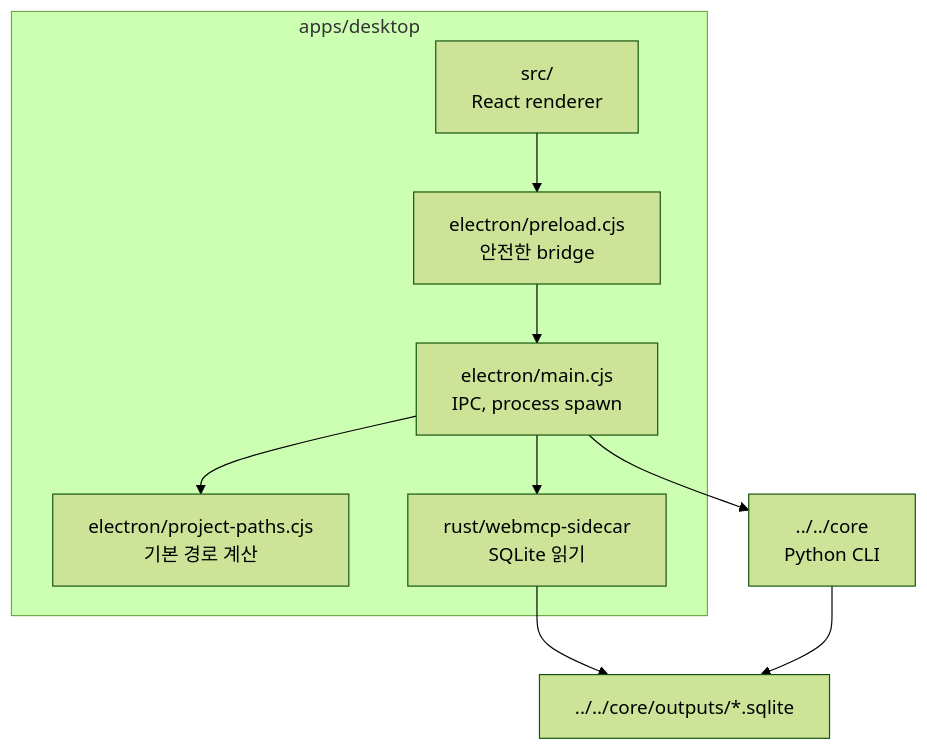
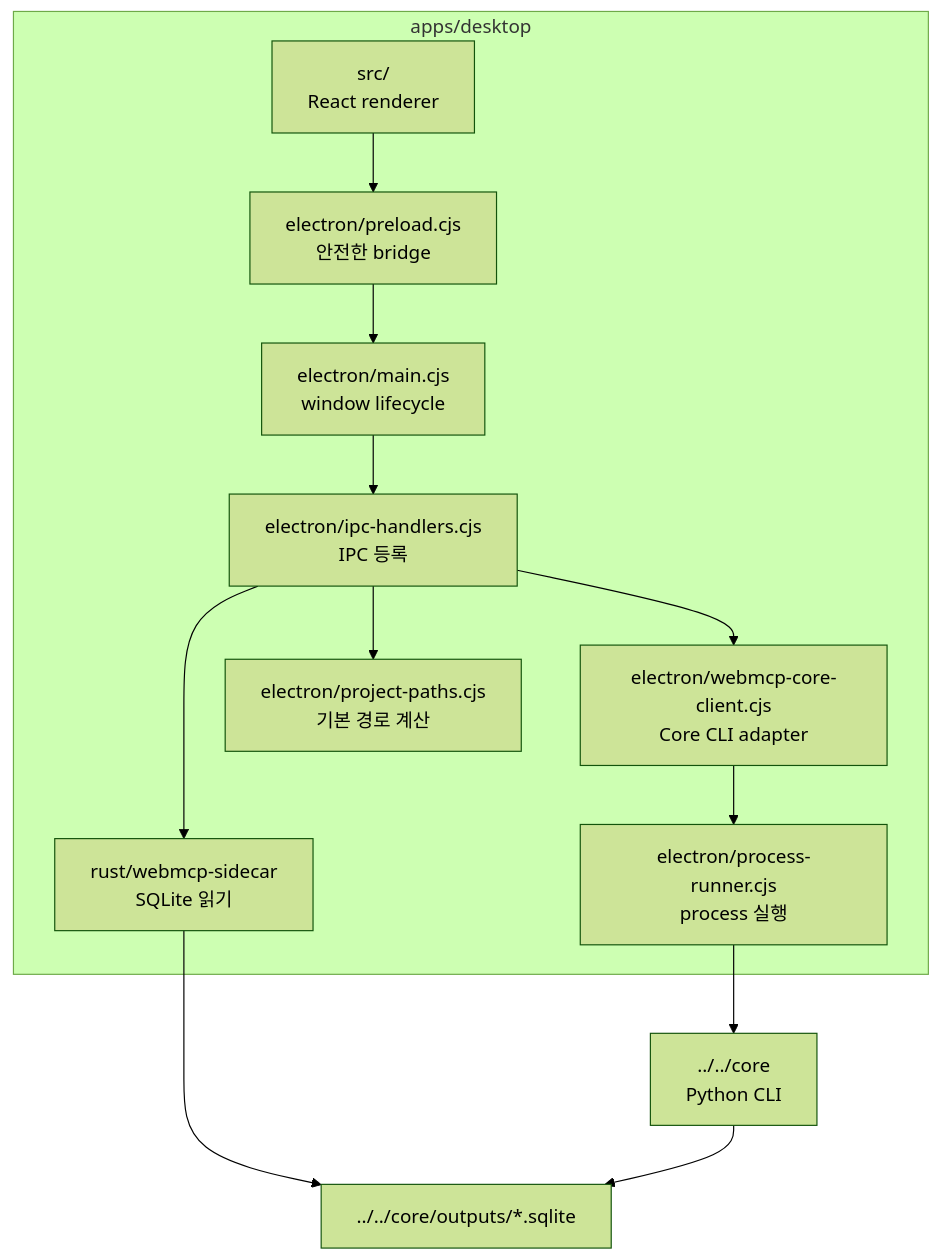
One commit to minguk-jang/spica_at_home changed the first of 4 diagrams in webmcp/docs/DESKTOP_APP.md. Above: the diagram before and after it, drawn with Mermaid (forest theme). The commit also changed other lines of this file and 23 other files, not shown here.

````diff
--- a/webmcp/docs/DESKTOP_APP.md
+++ b/webmcp/docs/DESKTOP_APP.md
@@ -9,21 +9,27 @@
 ```mermaid
 flowchart TB
   subgraph Desktop["apps/desktop"]
     UI["src/<br/>React renderer"]
     Preload["electron/preload.cjs<br/>안전한 bridge"]
-    Main["electron/main.cjs<br/>IPC, process spawn"]
+    Main["electron/main.cjs<br/>window lifecycle"]
+    Ipc["electron/ipc-handlers.cjs<br/>IPC 등록"]
+    Client["electron/webmcp-core-client.cjs<br/>Core CLI adapter"]
+    Runner["electron/process-runner.cjs<br/>process 실행"]
     Paths["electron/project-paths.cjs<br/>기본 경로 계산"]
     Sidecar["rust/webmcp-sidecar<br/>SQLite 읽기"]
   end
 
   Core["../../core<br/>Python CLI"]
   DB["../../core/outputs/*.sqlite"]
 
   UI --> Preload
   Preload --> Main
-  Main --> Paths
-  Main --> Sidecar
-  Main --> Core
+  Main --> Ipc
+  Ipc --> Paths
+  Ipc --> Sidecar
+  Ipc --> Client
+  Client --> Runner
+  Runner --> Core
   Sidecar --> DB
   Core --> DB
 ```
````
